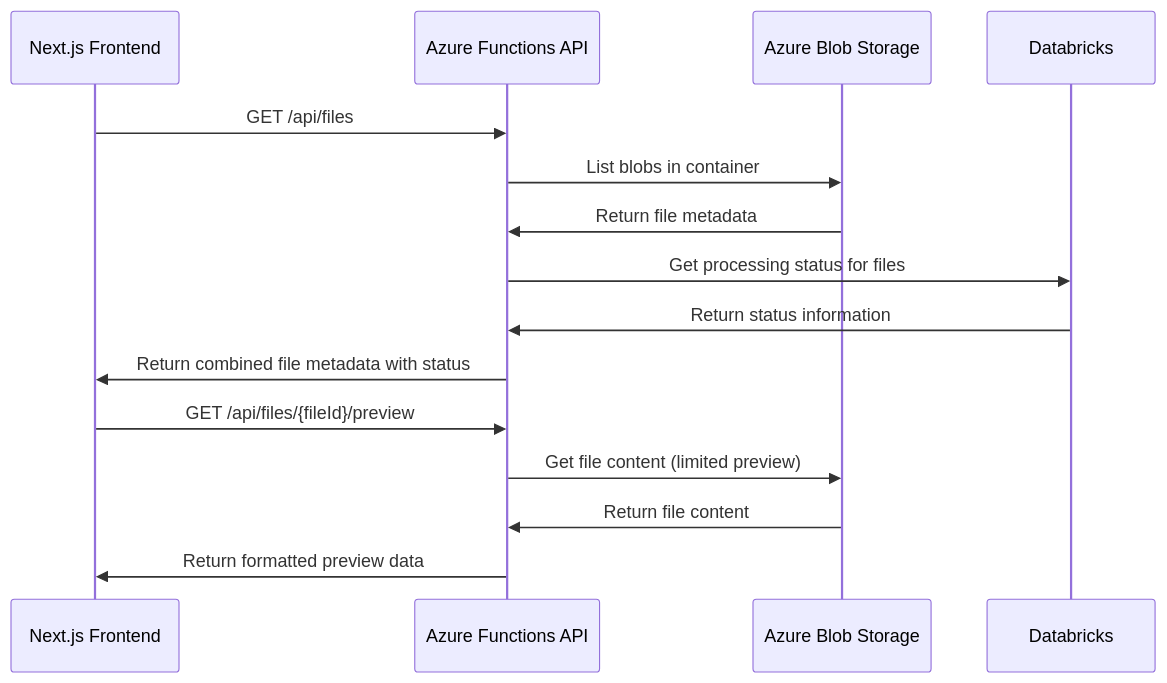
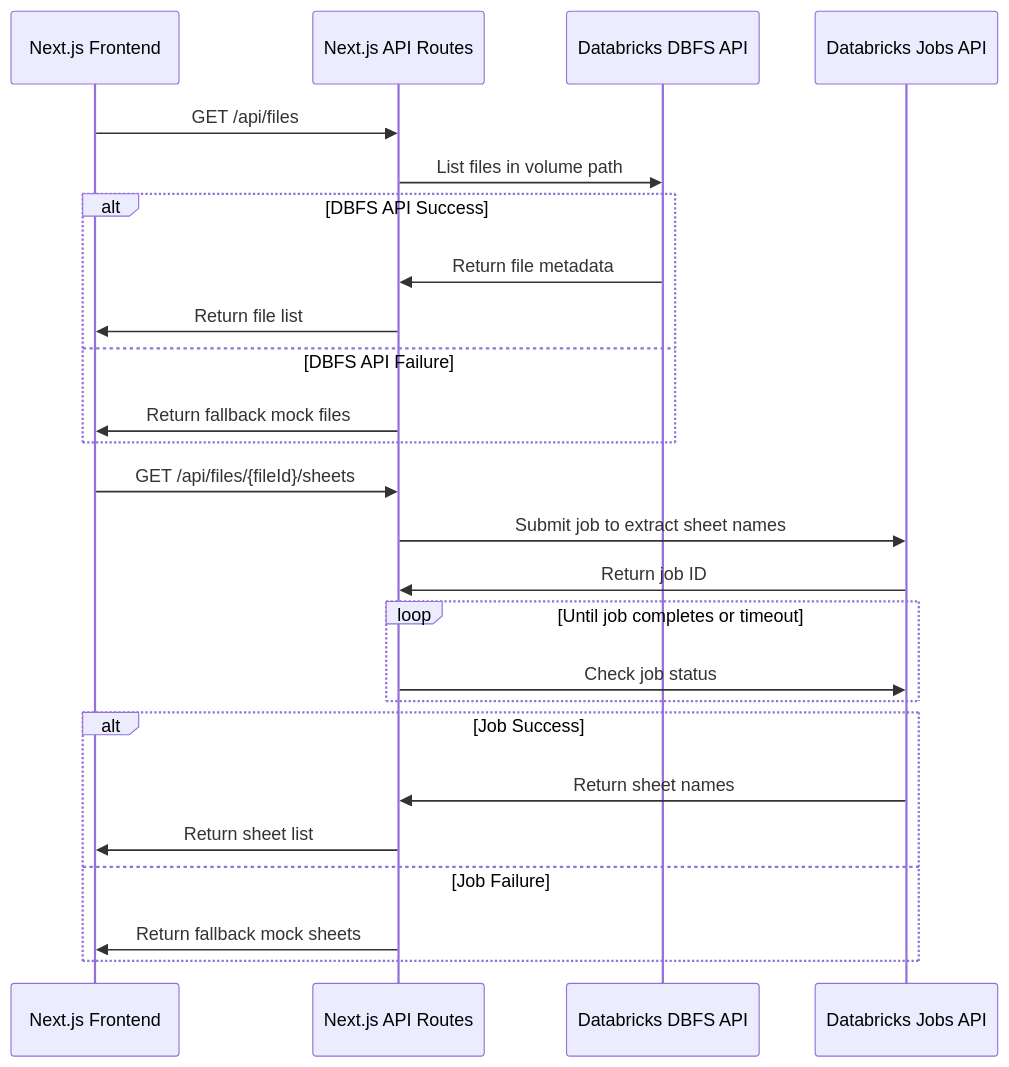
One commit to amandevdas/SmartBDX changed the second of 3 diagrams in docs/integration-plan.md. Above: the diagram before and after it, drawn with Mermaid. The commit also changed other lines of this file and 57 other files, not shown here.

````diff
--- a/docs/integration-plan.md
+++ b/docs/integration-plan.md
@@ -70,19 +89,32 @@
 ```mermaid
 sequenceDiagram
     participant Frontend as Next.js Frontend
-    participant API as Azure Functions API
-    participant Storage as Azure Blob Storage
-    participant Databricks as Databricks
+    participant API as Next.js API Routes
+    participant DBFS as Databricks DBFS API
+    participant Jobs as Databricks Jobs API
     
     Frontend->>API: GET /api/files
-    API->>Storage: List blobs in container
-    Storage->>API: Return file metadata
-    API->>Databricks: Get processing status for files
-    Databricks->>API: Return status information
-    API->>Frontend: Return combined file metadata with status
+    API->>DBFS: List files in volume path
     
-    Frontend->>API: GET /api/files/{fileId}/preview
-    API->>Storage: Get file content (limited preview)
-    Storage->>API: Return file content
-    API->>Frontend: Return formatted preview data
+    alt DBFS API Success
+        DBFS->>API: Return file metadata
+        API->>Frontend: Return file list
+    else DBFS API Failure
+        API->>Frontend: Return fallback mock files
+    end
+    
+    Frontend->>API: GET /api/files/{fileId}/sheets
+    API->>Jobs: Submit job to extract sheet names
+    Jobs->>API: Return job ID
+    
+    loop Until job completes or timeout
+        API->>Jobs: Check job status
+    end
+    
+    alt Job Success
+        Jobs->>API: Return sheet names
+        API->>Frontend: Return sheet list
+    else Job Failure
+        API->>Frontend: Return fallback mock sheets
+    end
 ```
````
